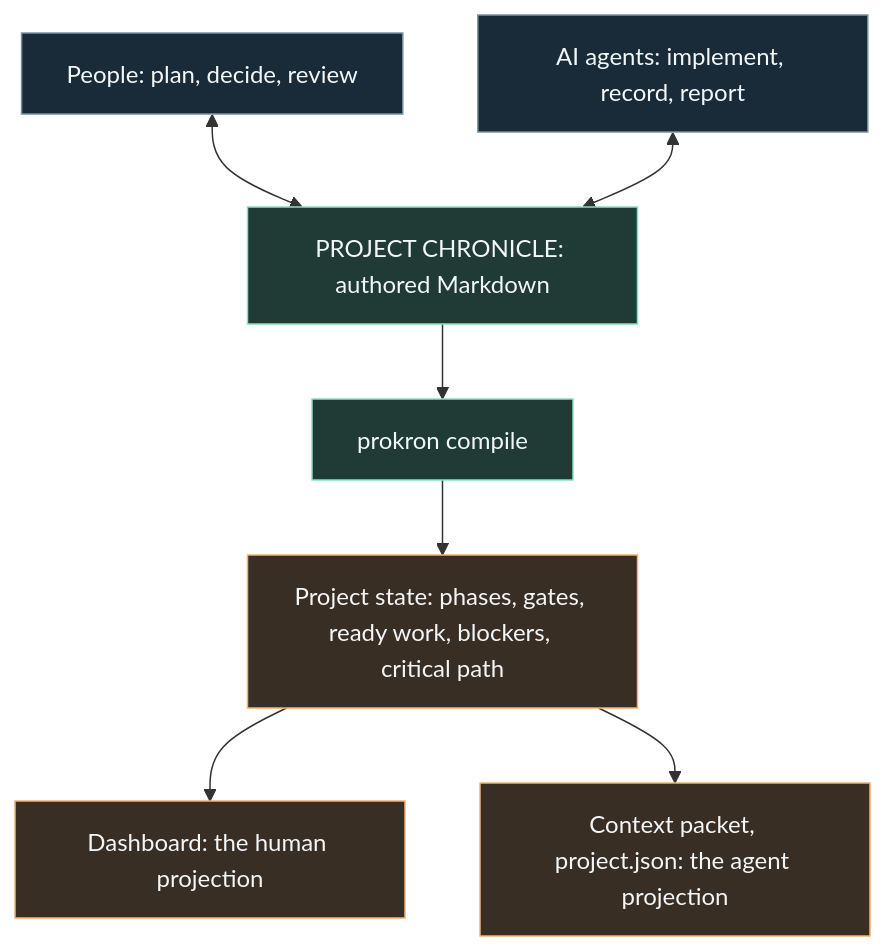
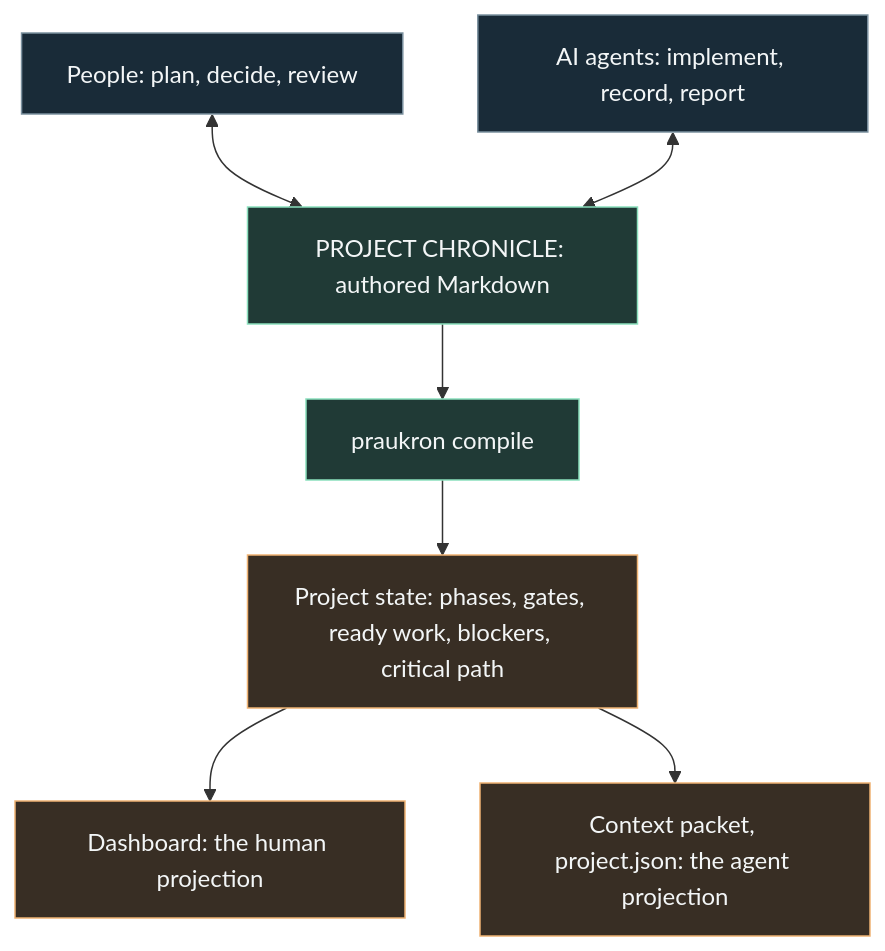
The diagram in README.md (cambos-td/praukron), drawn with Mermaid before and after one commit. The commit also changed other lines of this file and 116 other files, not shown here.

````diff
--- a/README.md
+++ b/README.md
@@ -355,15 +357,15 @@
 ```mermaid
 flowchart TD
     P["People: plan, decide, review"] <--> C["PROJECT CHRONICLE: authored Markdown"]
     A["AI agents: implement, record, report"] <--> C
-    C --> K["prokron compile"]
+    C --> K["praukron compile"]
     K --> S["Project state: phases, gates, ready work, blockers, critical path"]
     S --> D["Dashboard: the human projection"]
     S --> X["Context packet, project.json: the agent projection"]
     classDef participants fill:#192b38,color:#f3f6f7,stroke:#7b919f
     classDef chronicle fill:#203a36,color:#f3f6f7,stroke:#8be0bd
     classDef derived fill:#382e24,color:#f3f6f7,stroke:#efb373
     class P,A participants
     class C,K chronicle
     class S,D,X derived
 ```
````
